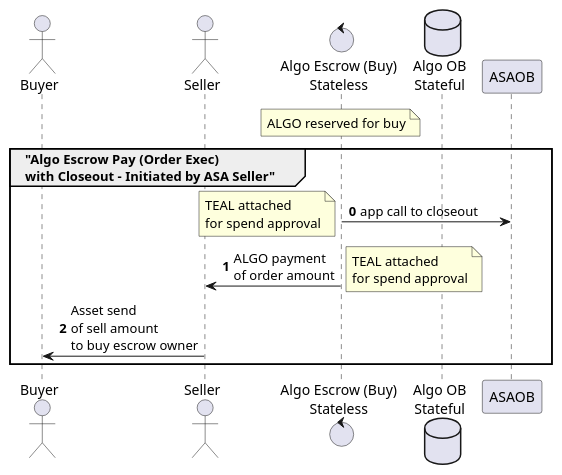
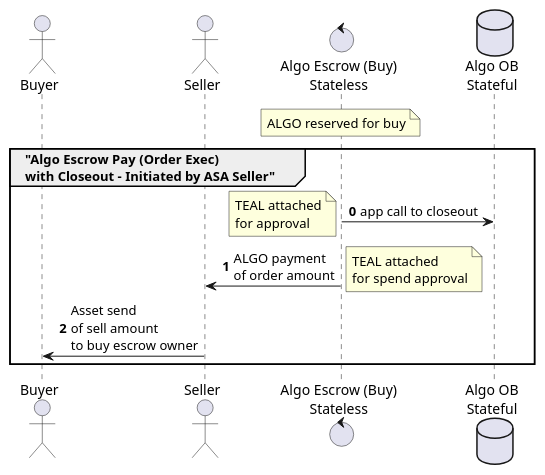
The diagram in diagrams/algo_escrow_execute_full.puml (algodex/algodex-architecture), drawn with PlantUML before and after one commit. The commit also changed 16 other files, not shown here.

Commit message:
Update architecture notes and diagrams

```diff
--- a/diagrams/algo_escrow_execute_full.puml
+++ b/diagrams/algo_escrow_execute_full.puml
@@ -1,17 +1,17 @@
 @startuml
 actor Buyer
 actor Seller
 control "Algo Escrow (Buy)\nStateless" as AlgoEscrow
 database "Algo OB\nStateful" as AlgoOB
 note over AlgoEscrow: ALGO reserved for buy
 
 group "Algo Escrow Pay (Order Exec)\nwith Closeout - Initiated by ASA Seller"
 autonumber 0
-AlgoEscrow -> ASAOB: app call to closeout
-note left: TEAL attached\nfor spend approval
+AlgoEscrow -> AlgoOB: app call to closeout
+note left: TEAL attached\nfor approval
 AlgoEscrow -> Seller: ALGO payment\nof order amount
 note right: TEAL attached\nfor spend approval
 Seller -> Buyer: Asset send\nof sell amount\nto buy escrow owner
 end
 
 @enduml
```
